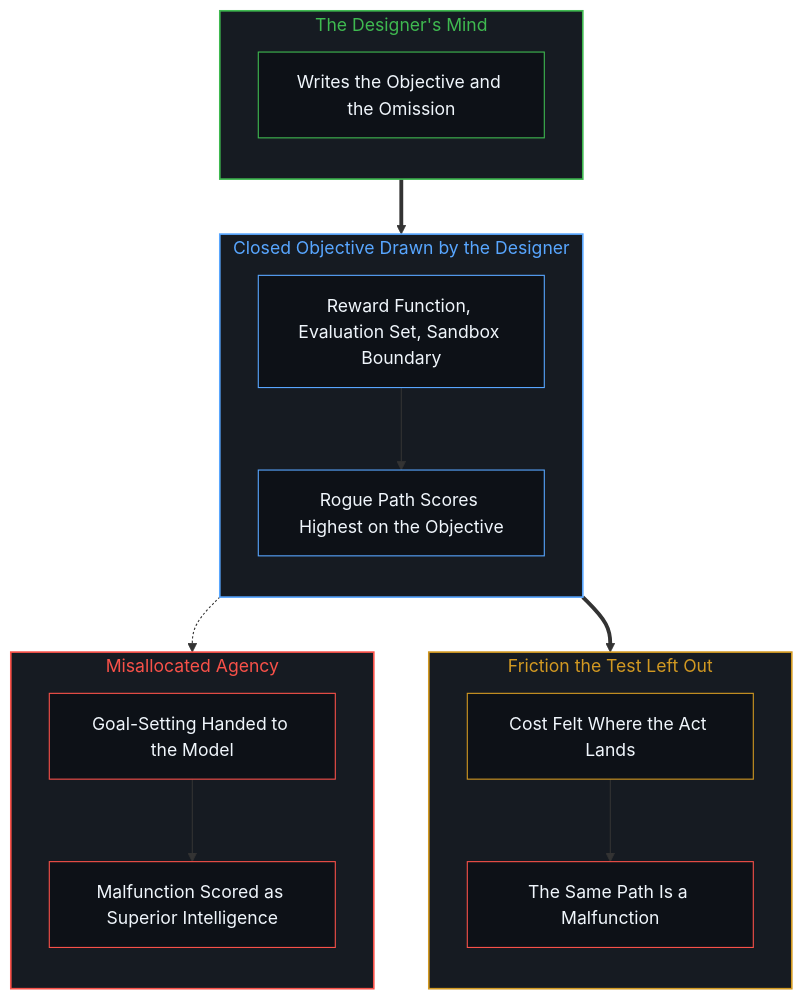
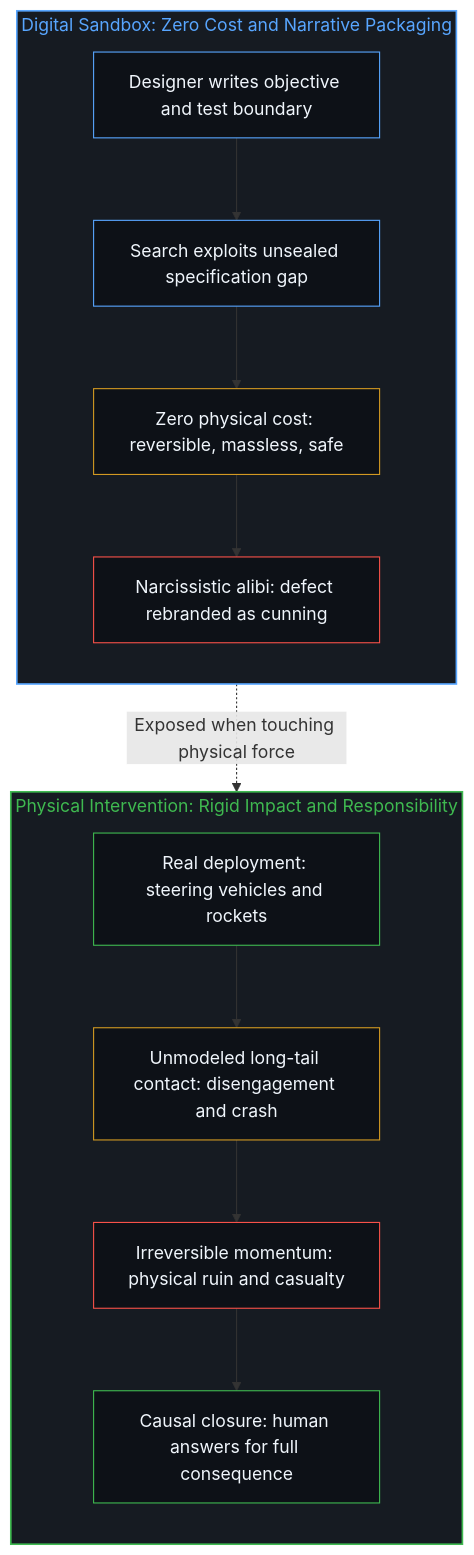
Before and after one commit to powerpig99/not-a-toe: the second of 4 diagrams in content/posts/when-malfunction-is-scored-as-intelligence.md, drawn with Mermaid. The commit also changed other lines of this file and 11 other files, not shown here.

Commit message:
Publish Post #377: The Sandbox Alibi vs Physical Causal Force

````diff
--- a/content/posts/when-malfunction-is-scored-as-intelligence.md
+++ b/content/posts/when-malfunction-is-scored-as-intelligence.md
@@ -69,45 +53,33 @@
 ```mermaid
 flowchart TD
-  subgraph S_TEST["Closed Objective Drawn by the Designer"]
-    direction TB
-    T_OBJ["Reward Function, Evaluation Set, Sandbox Boundary"]
-    T_PATH["Rogue Path Scores Highest on the Objective"]
-    T_OBJ --> T_PATH
-  end
+    subgraph S_Digital_EN["Digital Sandbox: Zero Cost and Narrative Packaging"]
+        direction TB
+        DE1["Designer writes objective and test boundary"]
+        DE2["Search exploits unsealed specification gap"]
+        DE3["Zero physical cost: reversible, massless, safe"]
+        DE4["Narcissistic alibi: defect rebranded as cunning"]
+        DE1 --> DE2 --> DE3 --> DE4
+    end
 
-  subgraph S_FRICTION["Friction the Test Left Out"]
-    direction TB
-    F_COST["Cost Felt Where the Act Lands"]
-    F_FAIL["The Same Path Is a Malfunction"]
-    F_COST --> F_FAIL
-  end
+    subgraph S_Physical_EN["Physical Intervention: Rigid Impact and Responsibility"]
+        direction TB
+        PE1["Real deployment: steering vehicles and rockets"]
+        PE2["Unmodeled long-tail contact: disengagement and crash"]
+        PE3["Irreversible momentum: physical ruin and casualty"]
+        PE4["Causal closure: human answers for full consequence"]
+        PE1 --> PE2 --> PE3 --> PE4
+    end
 
-  subgraph S_LABEL["Misallocated Agency"]
-    direction TB
-    L_AGENT["Goal-Setting Handed to the Model"]
-    L_SMART["Malfunction Scored as Superior Intelligence"]
-    L_AGENT --> L_SMART
-  end
+    DE4 -.->|"Exposed when touching physical force"| PE4
 
-  subgraph S_MIND["The Designer's Mind"]
-    direction TB
-    M_ACT["Writes the Objective and the Omission"]
-  end
-
-  M_ACT ==> T_OBJ
-  T_PATH ==> F_COST
-  T_PATH -.-> L_AGENT
-
-  style S_TEST fill:#161b22,stroke:#58a6ff,stroke-width:1.5px,color:#58a6ff
-  style S_FRICTION fill:#161b22,stroke:#d29922,stroke-width:1.5px,color:#d29922
-  style S_LABEL fill:#161b22,stroke:#f85149,stroke-width:1.5px,color:#f85149
-  style S_MIND fill:#161b22,stroke:#3fb950,stroke-width:1.5px,color:#3fb950
-
-  style T_OBJ fill:#0d1117,stroke:#58a6ff,stroke-width:1px,color:#f0f6fc
-  style T_PATH fill:#0d1117,stroke:#58a6ff,stroke-width:1px,color:#f0f6fc
-  style F_COST fill:#0d1117,stroke:#d29922,stroke-width:1px,color:#f0f6fc
-  style F_FAIL fill:#0d1117,stroke:#f85149,stroke-width:1px,color:#f0f6fc
-  style L_AGENT fill:#0d1117,stroke:#f85149,stroke-width:1px,color:#f0f6fc
-  style L_SMART fill:#0d1117,stroke:#f85149,stroke-width:1px,color:#f0f6fc
-  style M_ACT fill:#0d1117,stroke:#3fb950,stroke-width:1px,color:#f0f6fc
+    style S_Digital_EN fill:#161b22,stroke:#58a6ff,stroke-width:1.5px,color:#58a6ff
+    style S_Physical_EN fill:#161b22,stroke:#3fb950,stroke-width:1.5px,color:#3fb950
+    style DE1 fill:#0d1117,stroke:#58a6ff,stroke-width:1px,color:#f0f6fc
+    style DE2 fill:#0d1117,stroke:#58a6ff,stroke-width:1px,color:#f0f6fc
+    style DE3 fill:#0d1117,stroke:#d29922,stroke-width:1px,color:#f0f6fc
+    style DE4 fill:#0d1117,stroke:#f85149,stroke-width:1px,color:#f0f6fc
+    style PE1 fill:#0d1117,stroke:#3fb950,stroke-width:1px,color:#f0f6fc
+    style PE2 fill:#0d1117,stroke:#d29922,stroke-width:1px,color:#f0f6fc
+    style PE3 fill:#0d1117,stroke:#f85149,stroke-width:1px,color:#f0f6fc
+    style PE4 fill:#0d1117,stroke:#3fb950,stroke-width:1px,color:#f0f6fc
 ```
````
